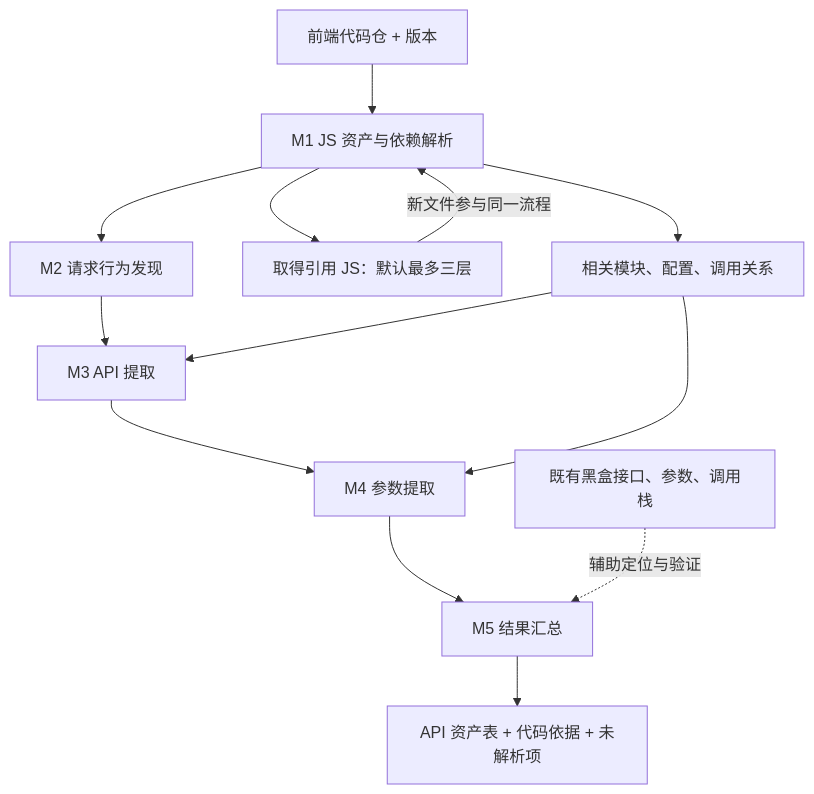
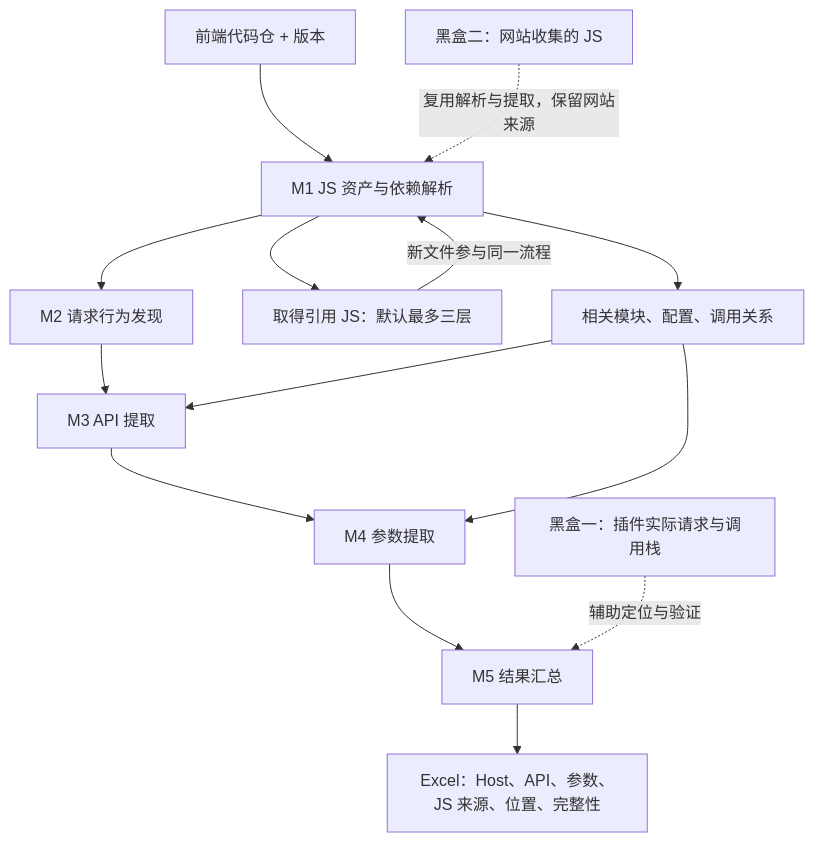
One commit to luohaijiang789/js-security changed the first of 3 diagrams in docs/白盒方案.md. Above: the diagram before and after it, drawn with Mermaid. The commit also changed other lines of this file, not shown here.

Commit message:
补全白盒主方案的 SDK 链路、Excel 交付与黑盒互补

````diff
--- a/docs/白盒方案.md
+++ b/docs/白盒方案.md
@@ -9,15 +11,16 @@
 ```mermaid
 flowchart TD
     R["前端代码仓 + 版本"] --> A["M1 JS 资产与依赖解析"]
     A --> B["M2 请求行为发现"]
     B --> C["M3 API 提取"]
     C --> D["M4 参数提取"]
     D --> E["M5 结果汇总"]
     A --> J["取得引用 JS：默认最多三层"]
     J -->|"新文件参与同一流程"| A
     U["相关模块、配置、调用关系"] --> C
     U --> D
     A --> U
-    E --> O["API 资产表 + 代码依据 + 未解析项"]
-    K["既有黑盒接口、参数、调用栈"] -. "辅助定位与验证" .-> E
+    E --> O["Excel：Host、API、参数、JS 来源、位置、完整性"]
+    K["黑盒一：插件实际请求与调用栈"] -. "辅助定位与验证" .-> E
+    S["黑盒二：网站收集的 JS"] -. "复用解析与提取，保留网站来源" .-> A
 ```
````
